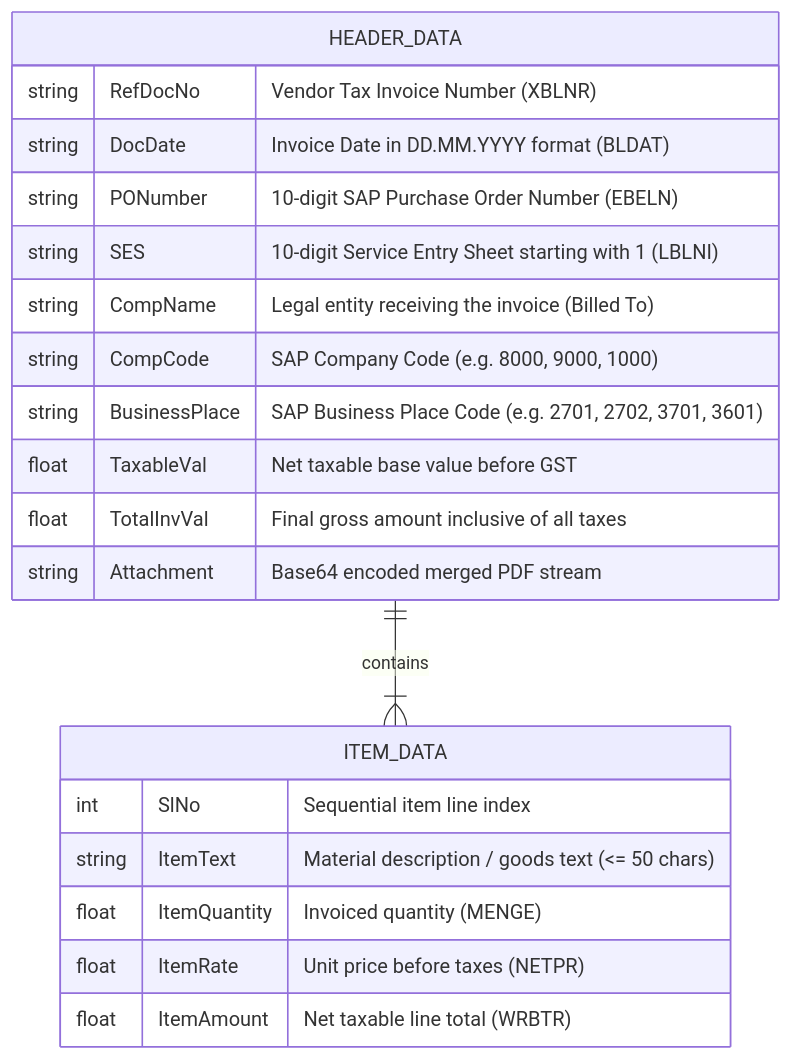
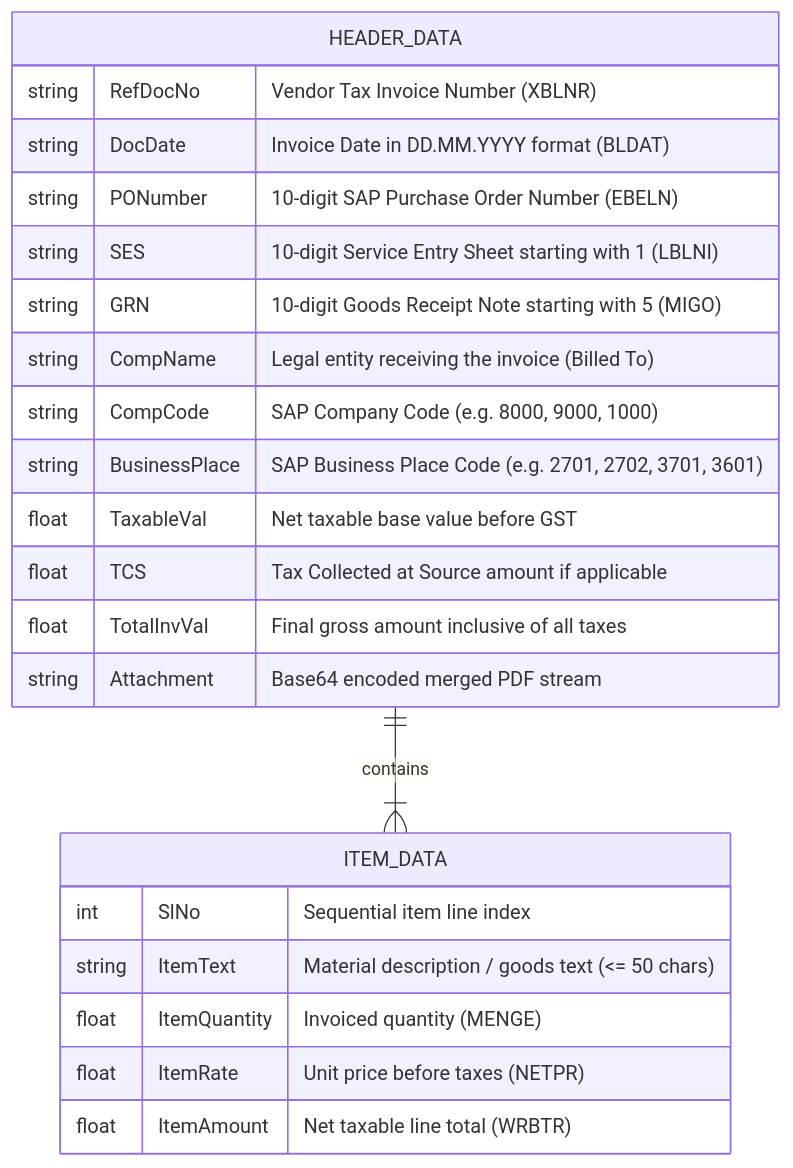
Before and after one commit to AuroGroupAutomationBot/aepl-invoice-automation: the third of 3 diagrams in README.md, drawn with Mermaid. The commit also changed other lines of this file and 3 other files, not shown here.

Commit message:
feat(schema): integrate GRN and TCS attributes across backend, notebook, UI and HITL

````diff
--- a/README.md
+++ b/README.md
@@ -119,25 +119,27 @@
 ```mermaid
 erDiagram
     HEADER_DATA ||--|{ ITEM_DATA : contains
 
     HEADER_DATA {
         string RefDocNo "Vendor Tax Invoice Number (XBLNR)"
         string DocDate "Invoice Date in DD.MM.YYYY format (BLDAT)"
         string PONumber "10-digit SAP Purchase Order Number (EBELN)"
         string SES "10-digit Service Entry Sheet starting with 1 (LBLNI)"
+        string GRN "10-digit Goods Receipt Note starting with 5 (MIGO)"
         string CompName "Legal entity receiving the invoice (Billed To)"
         string CompCode "SAP Company Code (e.g. 8000, 9000, 1000)"
         string BusinessPlace "SAP Business Place Code (e.g. 2701, 2702, 3701, 3601)"
         float TaxableVal "Net taxable base value before GST"
+        float TCS "Tax Collected at Source amount if applicable"
         float TotalInvVal "Final gross amount inclusive of all taxes"
         string Attachment "Base64 encoded merged PDF stream"
     }
 
     ITEM_DATA {
         int SlNo "Sequential item line index"
         string ItemText "Material description / goods text (<= 50 chars)"
         float ItemQuantity "Invoiced quantity (MENGE)"
         float ItemRate "Unit price before taxes (NETPR)"
         float ItemAmount "Net taxable line total (WRBTR)"
     }
 ```
````
